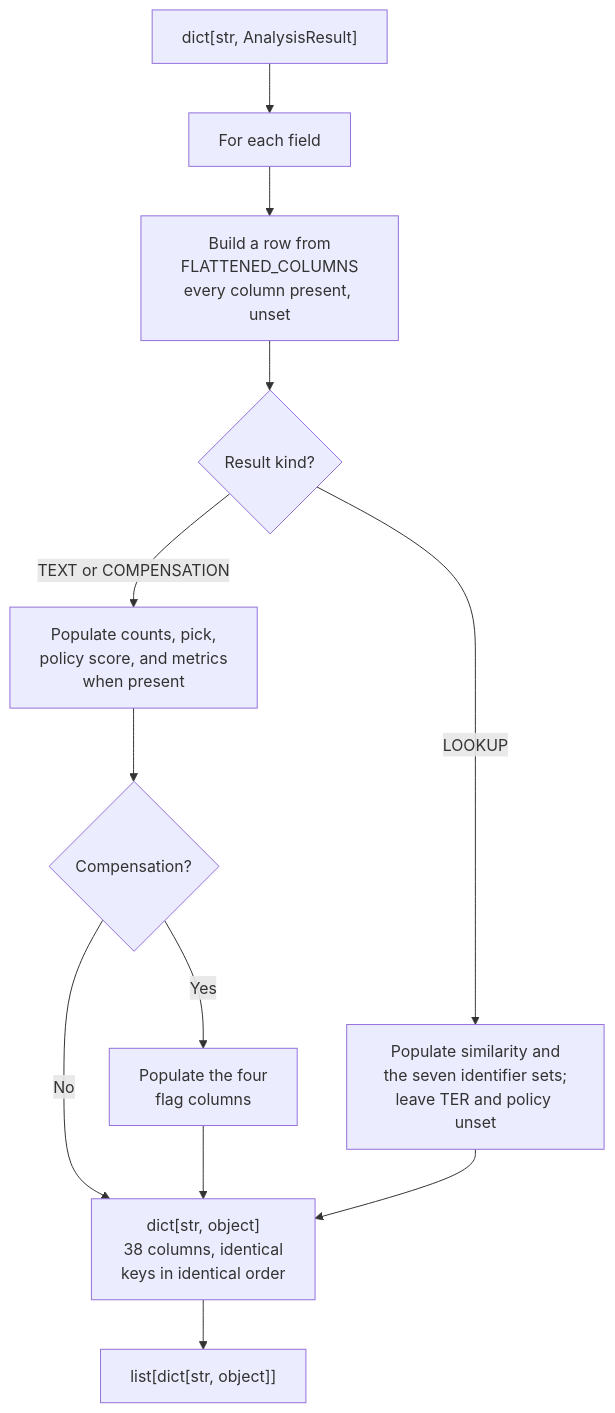
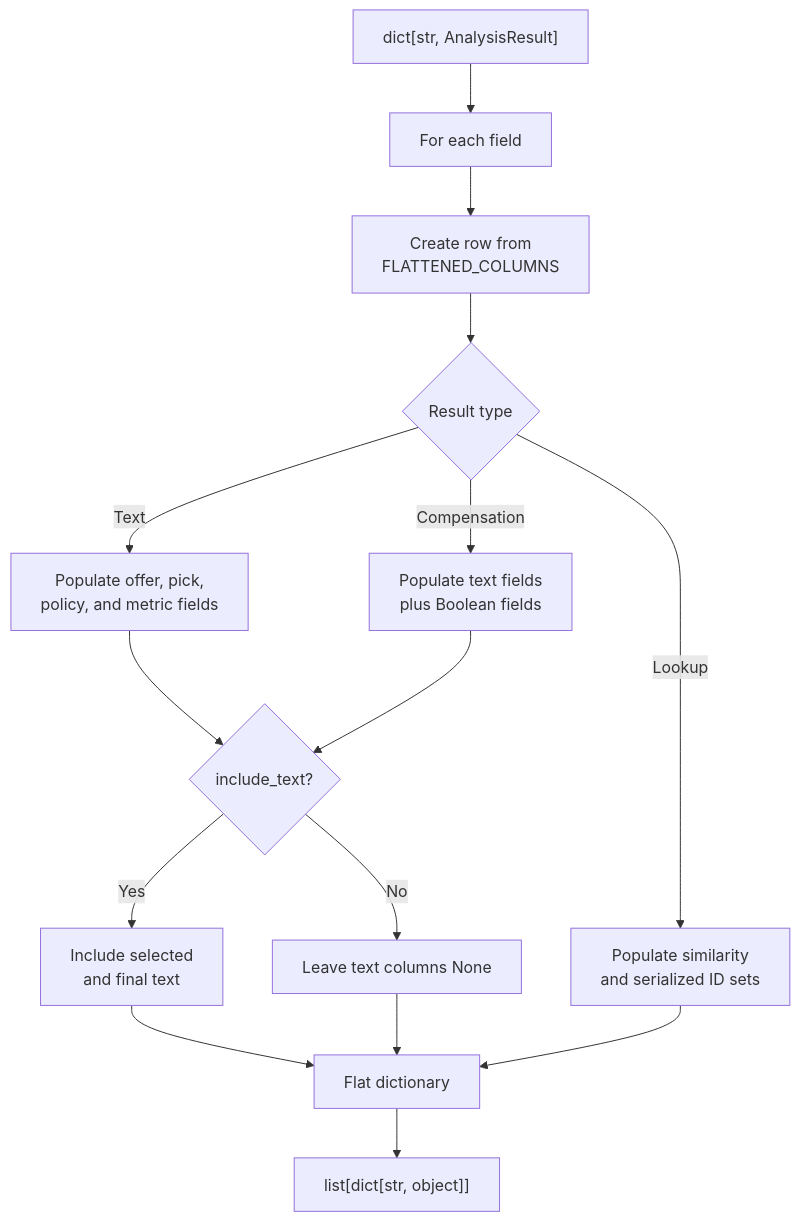
Before and after one commit to umich-michr/michr-scripts: the tenth of 10 diagrams in python/packages/study-posting-ai-analysis/docs/program-flow.md, drawn with Mermaid. The commit also changed other lines of this file and 20 other files, not shown here.

````diff
--- a/python/packages/study-posting-ai-analysis/docs/program-flow.md
+++ b/python/packages/study-posting-ai-analysis/docs/program-flow.md
@@ -296,20 +425,24 @@
 ```mermaid
 flowchart TB
     RESULTS["dict[str, AnalysisResult]"]
-    RESULTS --> LOOP["For each field"]
-    LOOP --> TEMPLATE["Build a row from<br/>FLATTENED_COLUMNS<br/>every column present, unset"]
+    EACH["For each field"]
+    TEMPLATE["Create row from<br/>FLATTENED_COLUMNS"]
+    KIND{"Result type"}
 
-    TEMPLATE --> KIND{"Result kind?"}
+    RESULTS --> EACH --> TEMPLATE --> KIND
 
-    KIND -->|LOOKUP| FILL_L["Populate similarity and<br/>the seven identifier sets;<br/>leave TER and policy unset"]
-    KIND -->|"TEXT or COMPENSATION"| FILL_T["Populate counts, pick,<br/>policy score, and metrics<br/>when present"]
+    KIND -->|Text| TEXT["Populate offer, pick,<br/>policy, and metric fields"]
+    KIND -->|Compensation| COMP["Populate text fields<br/>plus Boolean fields"]
+    KIND -->|Lookup| LOOKUP["Populate similarity<br/>and serialized ID sets"]
 
-    FILL_T --> COMP{"Compensation?"}
-    COMP -->|Yes| FLAGS["Populate the four<br/>flag columns"]
-    COMP -->|No| ROW
-    FLAGS --> ROW
-    FILL_L --> ROW
+    TEXT --> PRIVACY{"include_text?"}
+    COMP --> PRIVACY
+    PRIVACY -->|Yes| INCLUDE["Include selected<br/>and final text"]
+    PRIVACY -->|No| OMIT["Leave text columns None"]
 
-    ROW["dict[str, object]<br/>38 columns, identical<br/>keys in identical order"]
-    ROW --> ROWS["list[dict[str, object]]"]
+    INCLUDE --> ROW["Flat dictionary"]
+    OMIT --> ROW
+    LOOKUP --> ROW
+
+    ROW --> OUTPUT["list[dict[str, object]]"]
 ```
````
